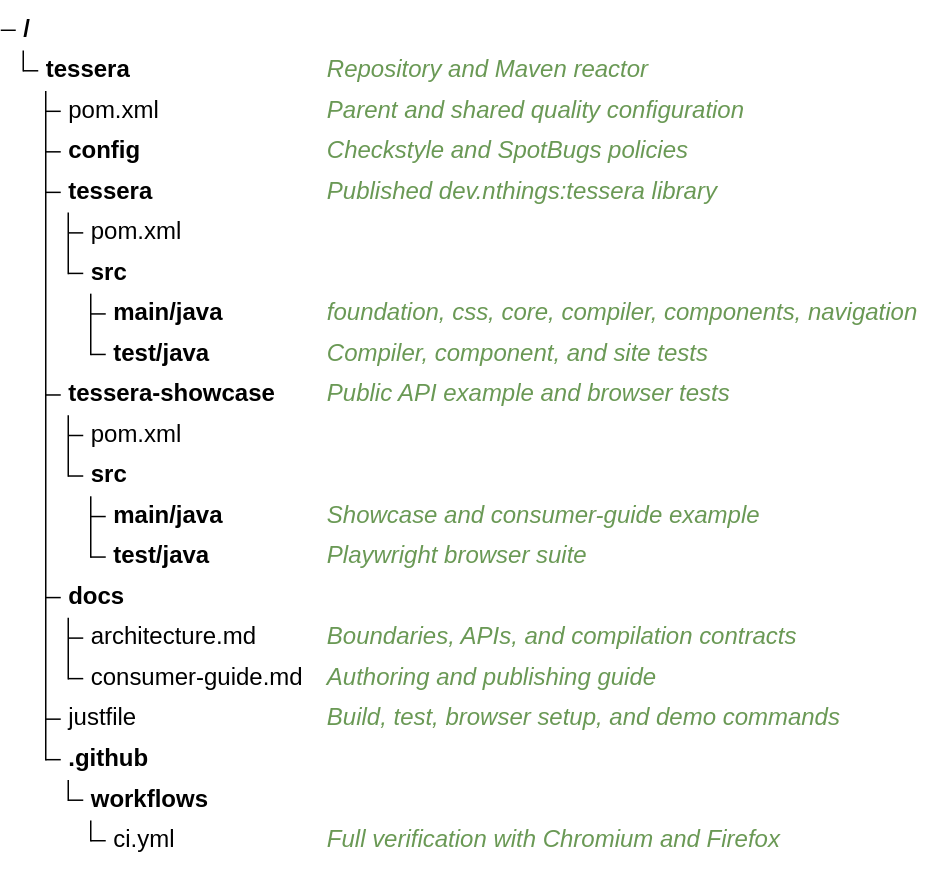
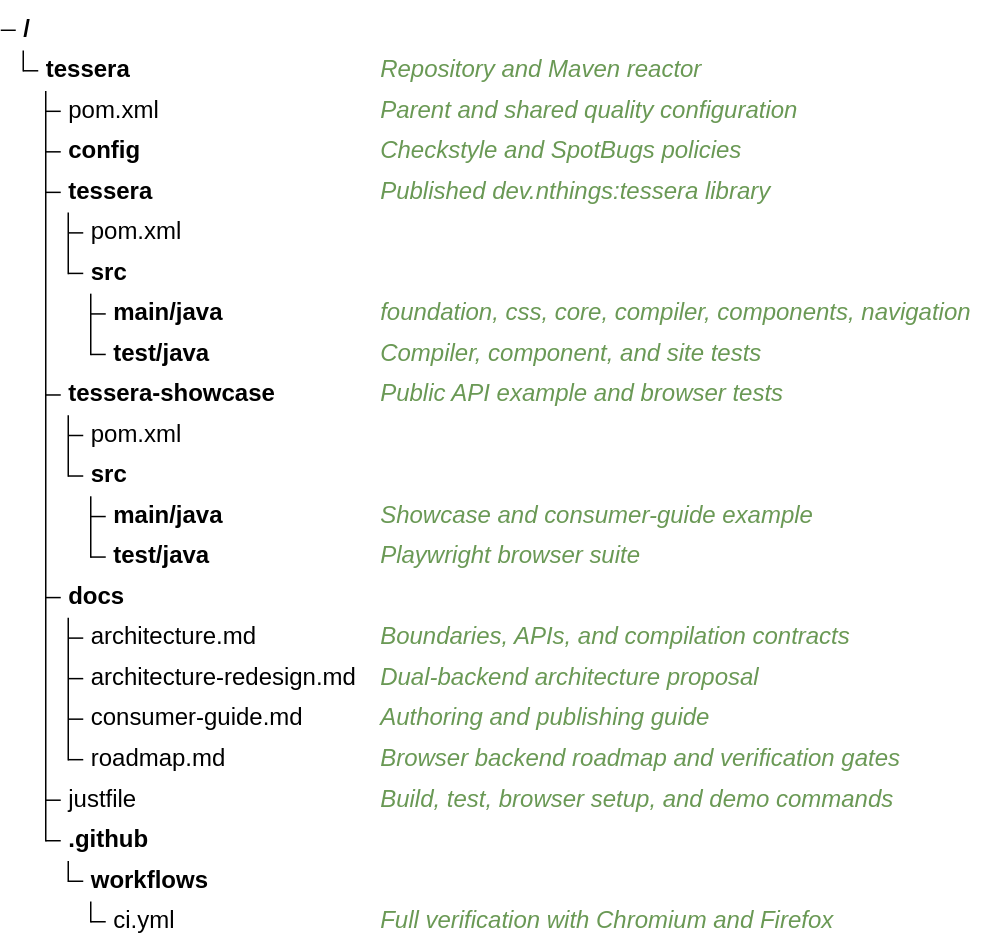
Before and after one commit to thiagogcm/tessera: the second of 2 diagrams in README.md, drawn with Mermaid. The commit also changed other lines of this file and 3 other files, not shown here.

Commit message:
docs: add dual-backend architecture proposal and update roadmap

````diff
--- a/README.md
+++ b/README.md
@@ -211,23 +211,25 @@
 ```mermaid
 treeView-beta
     tessera/ ## Repository and Maven reactor
         pom.xml ## Parent and shared quality configuration
         config/ ## Checkstyle and SpotBugs policies
         tessera/ ## Published dev.nthings:tessera library
             pom.xml
             src/
                 main/java/ ## foundation, css, core, compiler, components, navigation
                 test/java/ ## Compiler, component, and site tests
         tessera-showcase/ ## Public API example and browser tests
             pom.xml
             src/
                 main/java/ ## Showcase and consumer-guide example
                 test/java/ ## Playwright browser suite
         docs/
             architecture.md ## Boundaries, APIs, and compilation contracts
+            architecture-redesign.md ## Dual-backend architecture proposal
             consumer-guide.md ## Authoring and publishing guide
+            roadmap.md ## Browser backend roadmap and verification gates
         justfile ## Build, test, browser setup, and demo commands
         .github/
             workflows/
                 ci.yml ## Full verification with Chromium and Firefox
 ```
````
